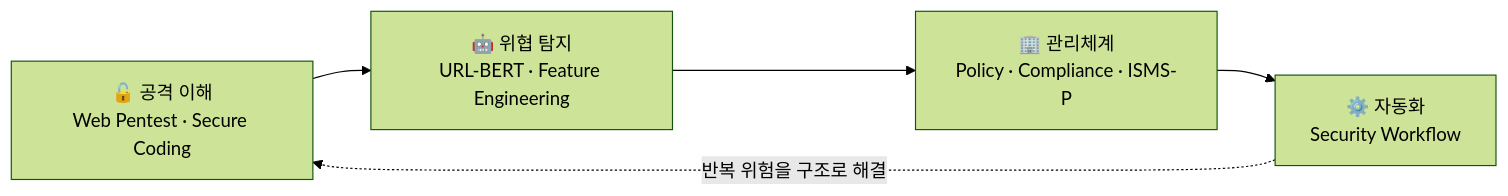
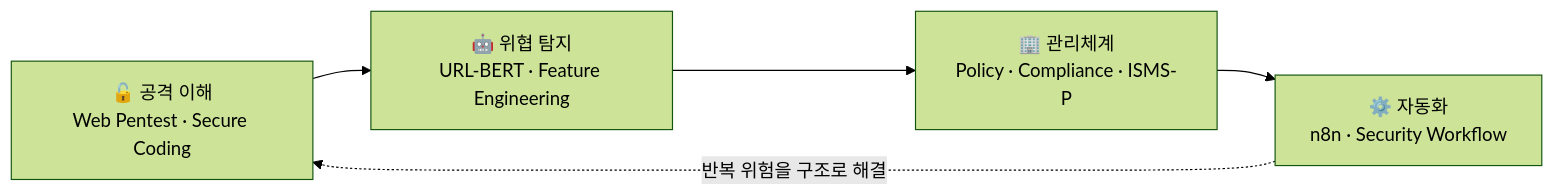
Before and after one commit to dlwl224/dlwl224: the first of 2 diagrams in README.md, drawn with Mermaid (forest theme). The commit also changed other lines of this file, not shown here.

````diff
--- a/README.md
+++ b/README.md
@@ -23,7 +24,7 @@
 ```mermaid
 flowchart LR
     A["🔓 공격 이해<br/>Web Pentest · Secure Coding"] --> B["🤖 위협 탐지<br/>URL-BERT · Feature Engineering"]
     B --> C["🏢 관리체계<br/>Policy · Compliance · ISMS-P"]
-    C --> D["⚙️ 자동화<br/>Security Workflow"]
+    C --> D["⚙️ 자동화<br/>n8n · Security Workflow"]
     D -. 반복 위험을 구조로 해결 .-> A
 ```
````
